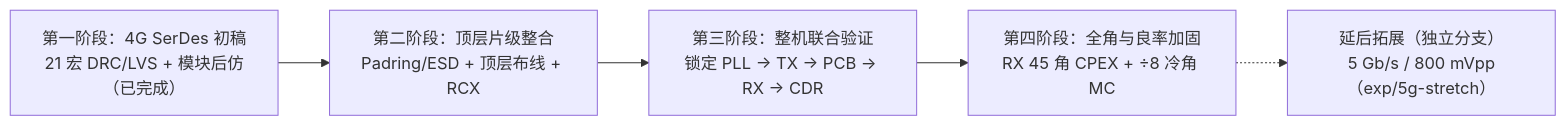
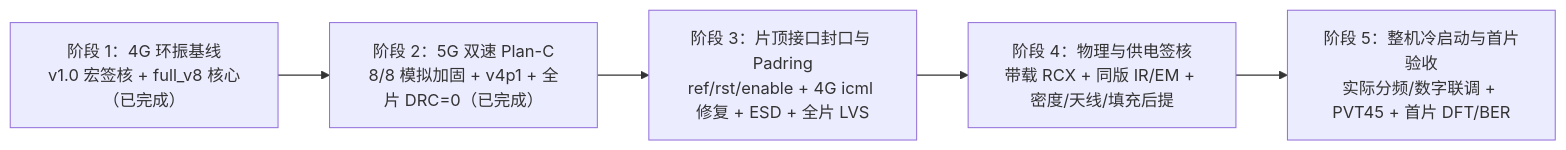
Before and after one commit to whitedeerpro-arch/serdes_sky130: the diagram in docs/status/prelayout_plan.md, drawn with Mermaid. The commit also changed other lines of this file and 107 other files, not shown here.

````diff
--- a/docs/status/prelayout_plan.md
+++ b/docs/status/prelayout_plan.md
@@ -9,7 +9,7 @@
 ```mermaid
 flowchart LR
-    S1["第一阶段：4G SerDes 初稿\n21 宏 DRC/LVS + 模块后仿（已完成）"] --> S2["第二阶段：顶层片级整合\nPadring/ESD + 顶层布线 + RCX"]
-    S2 --> S3["第三阶段：整机联合验证\n锁定 PLL → TX → PCB → RX → CDR"]
-    S3 --> S4["第四阶段：全角与良率加固\nRX 45 角 CPEX + ÷8 冷角 MC"]
-    S4 -.-> S5["延后拓展（独立分支）\n5 Gb/s / 800 mVpp（exp/5g-stretch）"]
+    S1["阶段 1：4G 环振基线\nv1.0 宏签核 + full_v8 核心（已完成）"] --> S2["阶段 2：5G 双速 Plan-C\n8/8 模拟加固 + v4p1 + 全片 DRC=0（已完成）"]
+    S2 --> S3["阶段 3：片顶接口封口与 Padring\nref/rst/enable + 4G icml 修复 + ESD + 全片 LVS"]
+    S3 --> S4["阶段 4：物理与供电签核\n带载 RCX + 同版 IR/EM + 密度/天线/填充后提"]
+    S4 --> S5["阶段 5：整机冷启动与首片验收\n实际分频/数字联调 + PVT45 + 首片 DFT/BER"]
 ```
````
